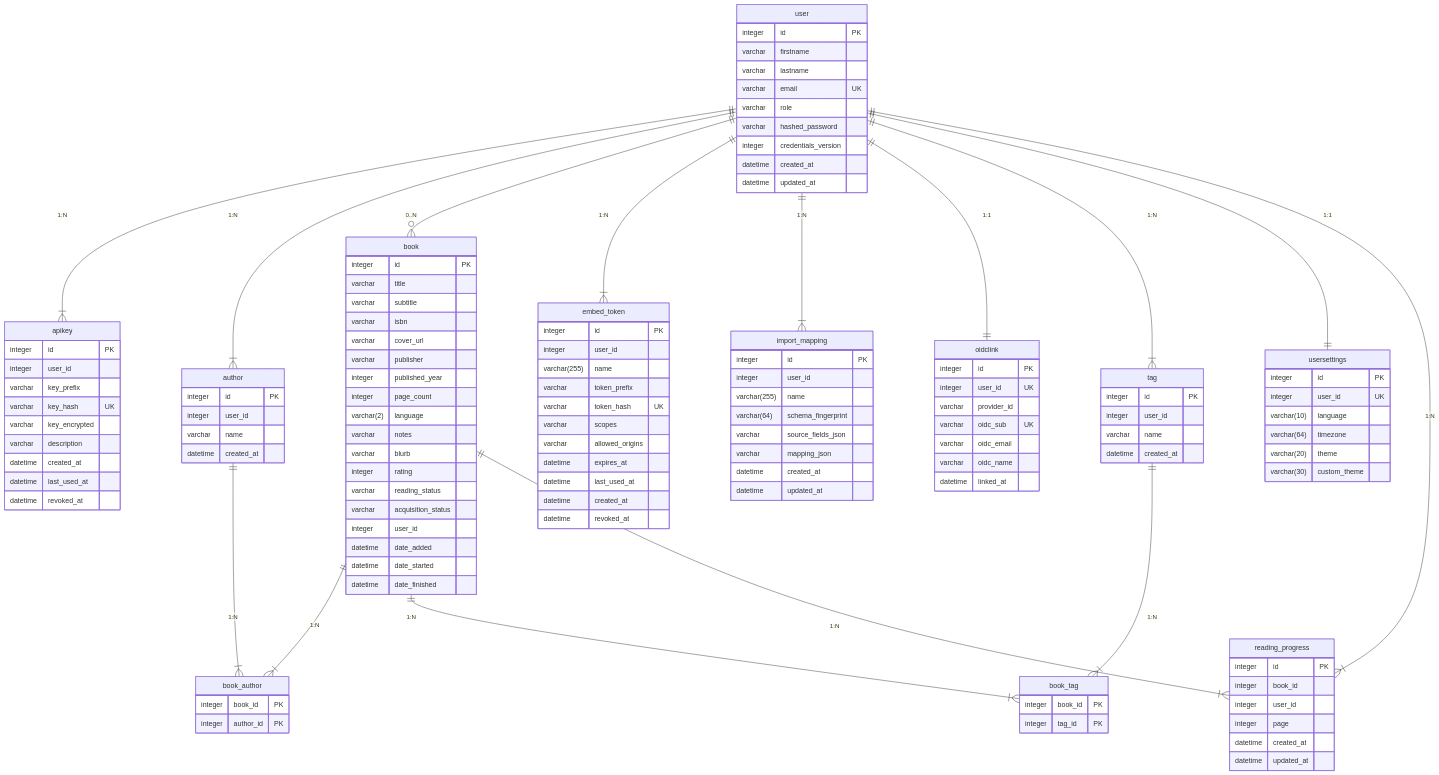
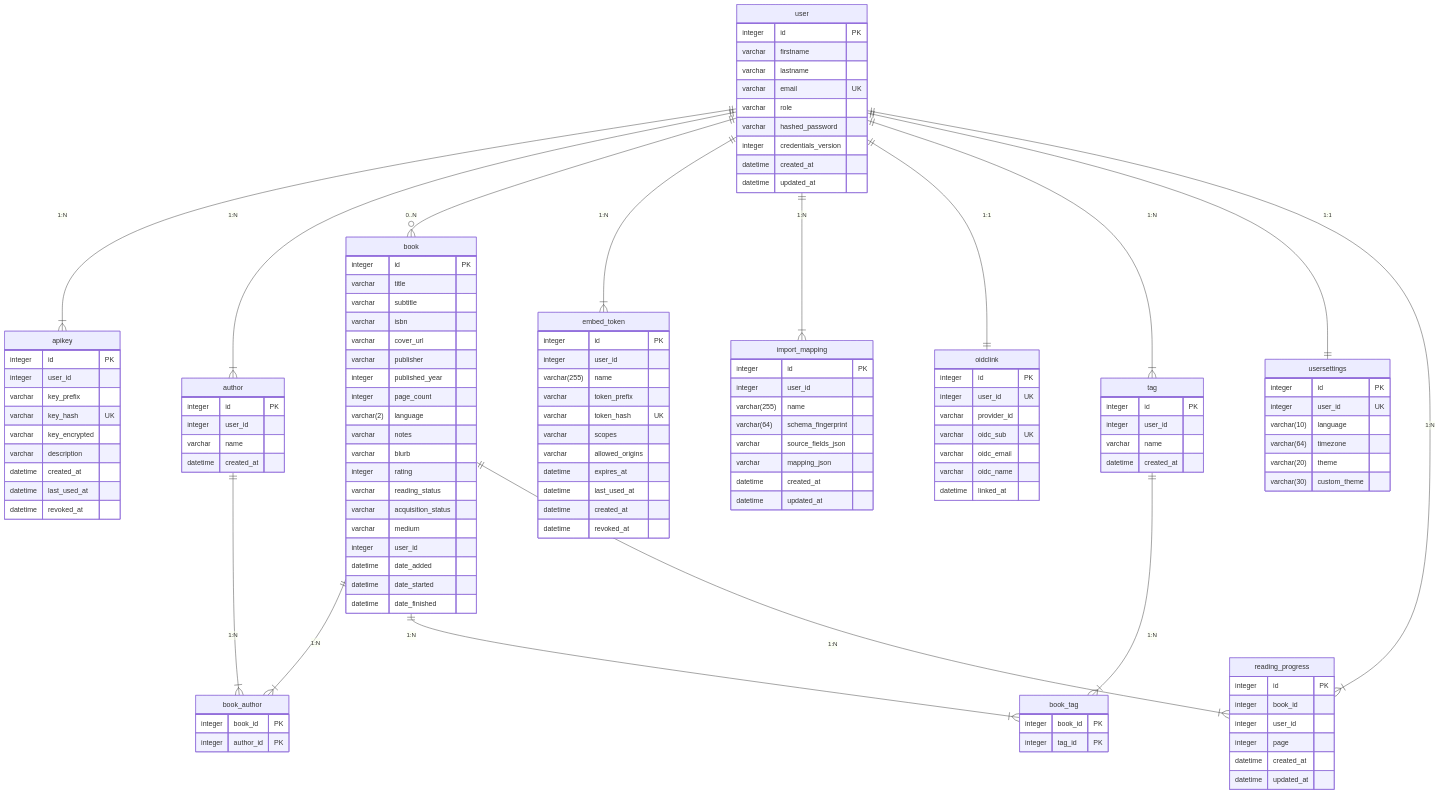
Before and after one commit to codebude/librislog: the diagram in docs/guide/database-layout.md, drawn with Mermaid. The commit also changed other lines of this file and 38 other files, not shown here.

```diff
--- a/docs/guide/database-layout.md
+++ b/docs/guide/database-layout.md
@@ -70,6 +70,7 @@
         integer rating
         varchar reading_status
         varchar acquisition_status
+        varchar medium
         integer user_id
         datetime date_added
         datetime date_started
```
